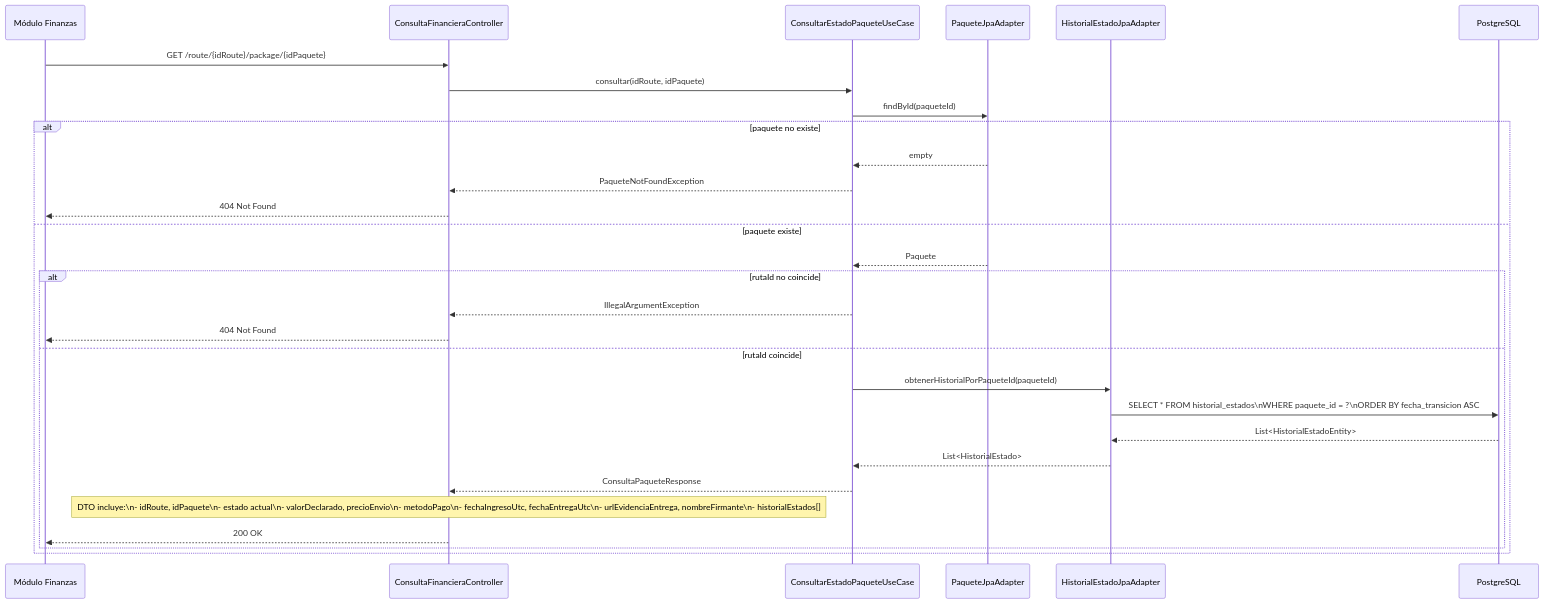
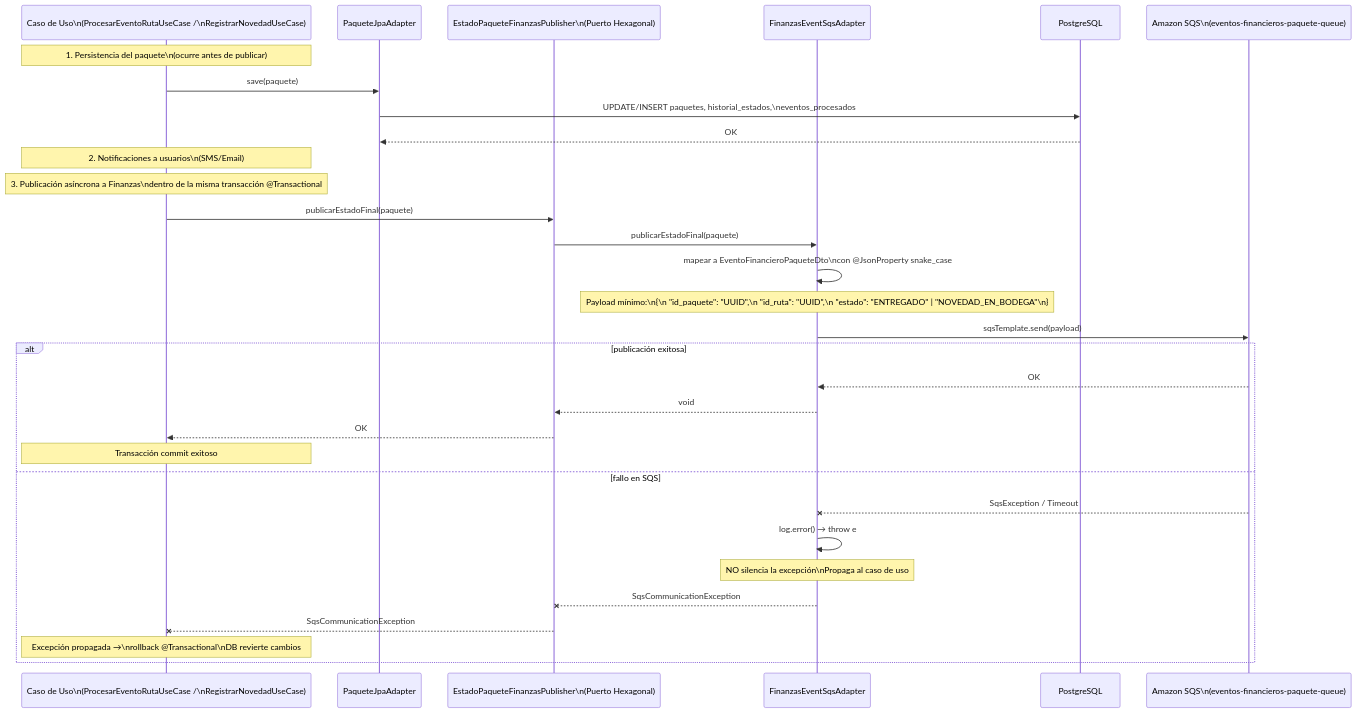
One commit to InsoftUnimag/20261LogisticsPackages changed the sixth of 7 diagrams in Backend/Externo/Agent/Project/04-Data-Flows.md. Above: the diagram before and after it, drawn with Mermaid. The commit also changed other lines of this file and 10 other files, not shown here.

````diff
--- a/Backend/Externo/Agent/Project/04-Data-Flows.md
+++ b/Backend/Externo/Agent/Project/04-Data-Flows.md
@@ -300,35 +300,40 @@
 ```mermaid
 sequenceDiagram
-    participant MOD as Módulo Finanzas
-    participant CTRL as ConsultaFinancieraController
-    participant UC8 as ConsultarEstadoPaqueteUseCase
+    participant UC as Caso de Uso\n(ProcesarEventoRutaUseCase /\nRegistrarNovedadUseCase)
     participant REPO as PaqueteJpaAdapter
-    participant HIST as HistorialEstadoJpaAdapter
+    participant PUB as EstadoPaqueteFinanzasPublisher\n(Puerto Hexagonal)
+    participant SQS_ADAPTER as FinanzasEventSqsAdapter
     participant DB as PostgreSQL
+    participant SQS as Amazon SQS\n(eventos-financieros-paquete-queue)
 
-    MOD->>CTRL: GET /route/{idRoute}/package/{idPaquete}
-    CTRL->>UC8: consultar(idRoute, idPaquete)
-    UC8->>REPO: findById(paqueteId)
+    Note over UC: 1. Persistencia del paquete\n(ocurre antes de publicar)
+    UC->>REPO: save(paquete)
+    REPO->>DB: UPDATE/INSERT paquetes, historial_estados,\neventos_procesados
+    DB-->>REPO: OK
+
+    Note over UC: 2. Notificaciones a usuarios\n(SMS/Email)
+
+    Note over UC: 3. Publicación asíncrona a Finanzas\ndentro de la misma transacción @Transactional
+
+    UC->>PUB: publicarEstadoFinal(paquete)
+    PUB->>SQS_ADAPTER: publicarEstadoFinal(paquete)
+    SQS_ADAPTER->>SQS_ADAPTER: mapear a EventoFinancieroPaqueteDto\ncon @JsonProperty snake_case
+
+    Note over SQS_ADAPTER: Payload mínimo:\n{\n  "id_paquete": "UUID",\n  "id_ruta": "UUID",\n  "estado": "ENTREGADO" | "NOVEDAD_EN_BODEGA"\n}
+
+    SQS_ADAPTER->>SQS: sqsTemplate.send(payload)
     
-    alt paquete no existe
-        REPO-->>UC8: empty
-        UC8-->>CTRL: PaqueteNotFoundException
-        CTRL-->>MOD: 404 Not Found
-    else paquete existe
-        REPO-->>UC8: Paquete
-        
-        alt rutaId no coincide
-            UC8-->>CTRL: IllegalArgumentException
-            CTRL-->>MOD: 404 Not Found
-        else rutaId coincide
-            UC8->>HIST: obtenerHistorialPorPaqueteId(paqueteId)
-            HIST->>DB: SELECT * FROM historial_estados\nWHERE paquete_id = ?\nORDER BY fecha_transicion ASC
-            DB-->>HIST: List<HistorialEstadoEntity>
-            HIST-->>UC8: List<HistorialEstado>
-            
-            UC8-->>CTRL: ConsultaPaqueteResponse
-            Note over CTRL: DTO incluye:\n- idRoute, idPaquete\n- estado actual\n- valorDeclarado, precioEnvio\n- metodoPago\n- fechaIngresoUtc, fechaEntregaUtc\n- urlEvidenciaEntrega, nombreFirmante\n- historialEstados[]
-            CTRL-->>MOD: 200 OK
-        end
+    alt publicación exitosa
+        SQS-->>SQS_ADAPTER: OK
+        SQS_ADAPTER-->>PUB: void
+        PUB-->>UC: OK
+        Note over UC: Transacción commit exitoso
+    else fallo en SQS
+        SQS--xSQS_ADAPTER: SqsException / Timeout
+        SQS_ADAPTER->>SQS_ADAPTER: log.error() → throw e
+        Note over SQS_ADAPTER: NO silencia la excepción\nPropaga al caso de uso
+        SQS_ADAPTER--xPUB: SqsCommunicationException
+        PUB--xUC: SqsCommunicationException
+        Note over UC: Excepción propagada →\nrollback @Transactional\nDB revierte cambios
     end
 ```
````
